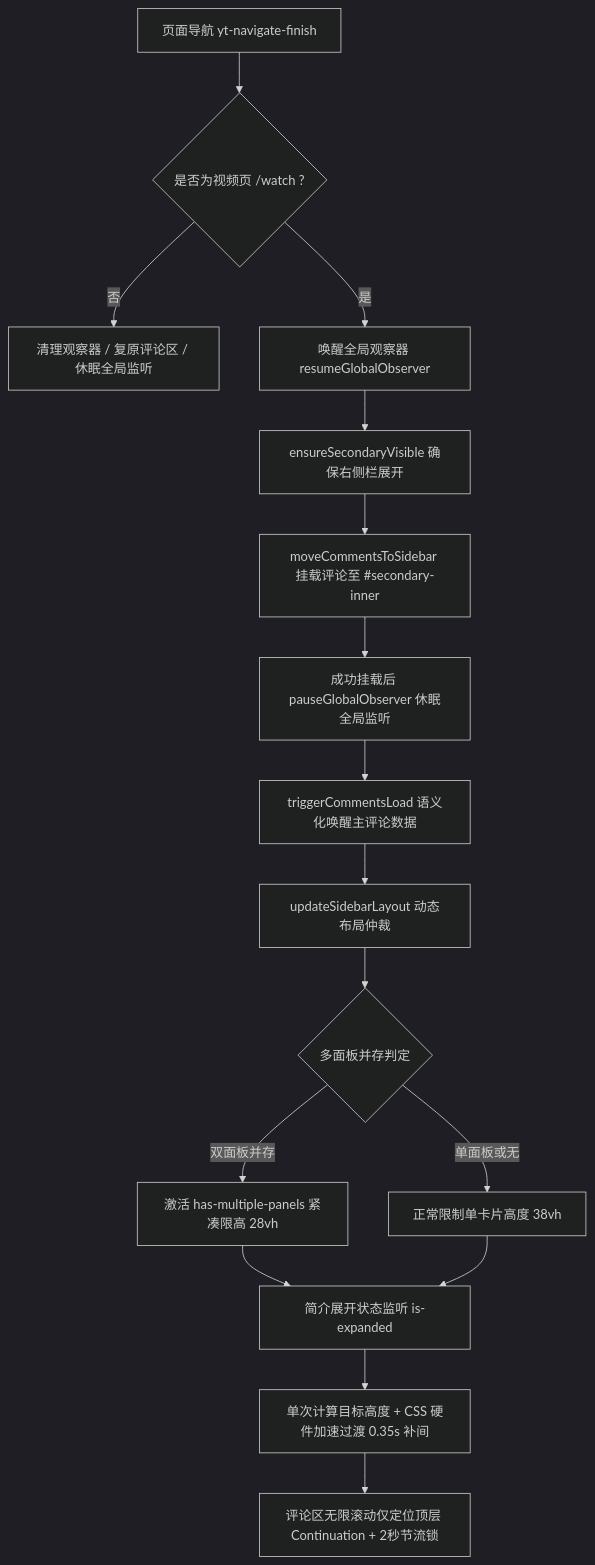
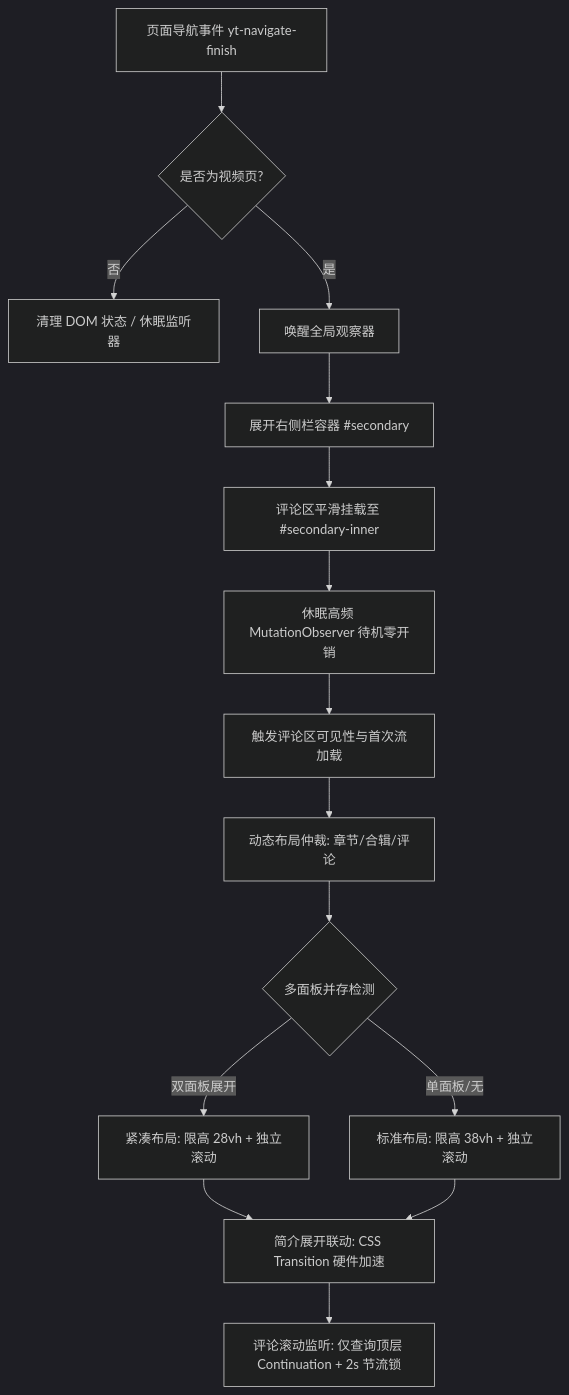
Before and after one commit to tom613951/youtube-comments-sidebar: the diagram in README.md, drawn with Mermaid (dark theme). The commit also changed other lines of this file, not shown here.

````diff
--- a/README.md
+++ b/README.md
@@ -60,18 +41,17 @@
 ```mermaid
 flowchart TD
-    A[页面导航 yt-navigate-finish] --> B{是否为视频页 /watch ?}
-    B -- 否 --> C[清理观察器 / 复原评论区 / 休眠全局监听]
-    B -- 是 --> D[唤醒全局观察器 resumeGlobalObserver]
-    D --> E[ensureSecondaryVisible 确保右侧栏展开]
-    E --> F[moveCommentsToSidebar 挂载评论至 #secondary-inner]
-    F --> G[成功挂载后 pauseGlobalObserver 休眠全局监听]
-    G --> H[triggerCommentsLoad 语义化唤醒主评论数据]
-    H --> I[updateSidebarLayout 动态布局仲裁]
-    I --> J{多面板并存判定}
-    J -- 双面板并存 --> K[激活 has-multiple-panels 紧凑限高 28vh]
-    J -- 单面板或无 --> L[正常限制单卡片高度 38vh]
-    K --> M[简介展开状态监听 is-expanded]
+    A[页面导航事件 yt-navigate-finish] --> B{是否为视频页?}
+    B -- 否 --> C[清理 DOM 状态 / 休眠监听器]
+    B -- 是 --> D[唤醒全局观察器]
+    D --> E[展开右侧栏容器 #secondary]
+    E --> F[评论区平滑挂载至 #secondary-inner]
+    F --> G[休眠高频 MutationObserver 待机零开销]
+    G --> H[触发评论区可见性与首次流加载]
+    H --> I[动态布局仲裁: 章节/合辑/评论]
+    I --> J{多面板并存检测}
+    J -- 双面板展开 --> K[紧凑布局: 限高 28vh + 独立滚动]
+    J -- 单面板/无 --> L[标准布局: 限高 38vh + 独立滚动]
+    K --> M[简介展开联动: CSS Transition 硬件加速]
     L --> M
-    M --> N[单次计算目标高度 + CSS 硬件加速过渡 0.35s 补间]
-    N --> O[评论区无限滚动仅定位顶层 Continuation + 2秒节流锁]
+    M --> N[评论滚动监听: 仅查询顶层 Continuation + 2s 节流锁]
 ```
````
